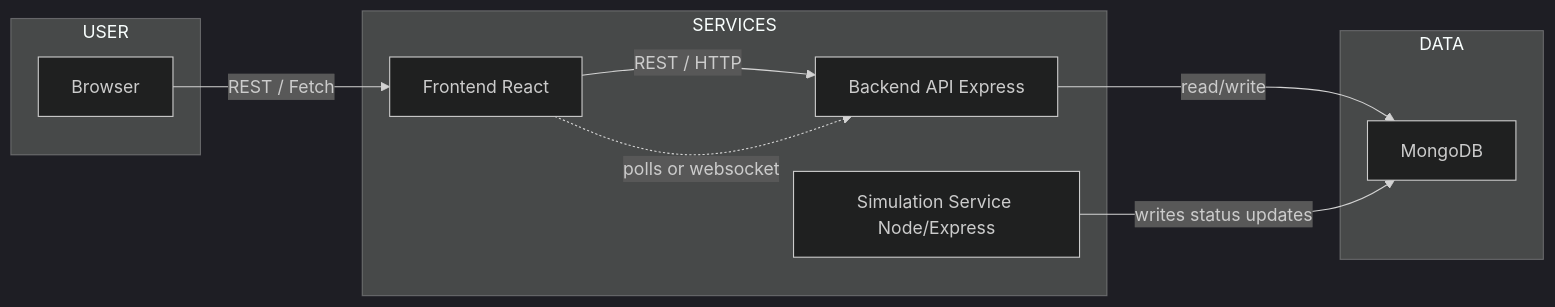
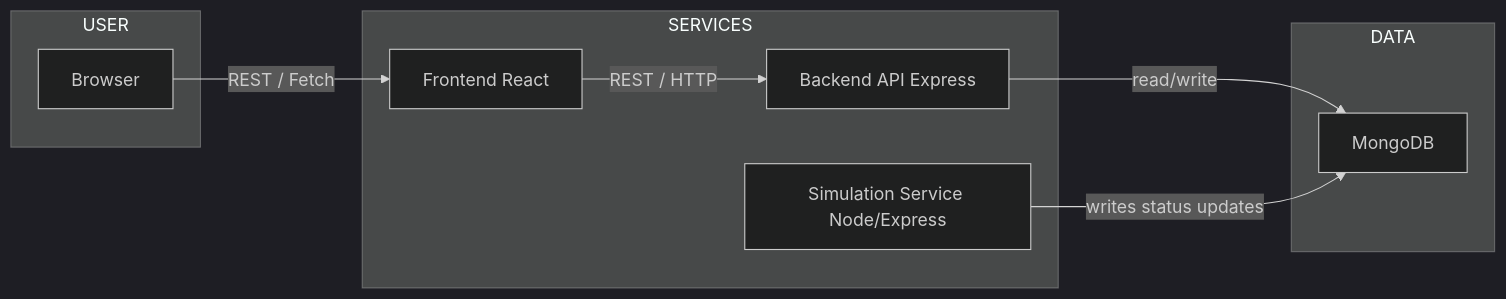
The diagram in README.md (kaokab33/Vehicle-Simulation), drawn with Mermaid (dark theme) before and after one commit.

Commit message:
edit arch

````diff
--- a/README.md
+++ b/README.md
@@ -39,22 +39,21 @@
 ```mermaid
 flowchart LR
   subgraph USER
     Browser[Browser]
   end
 
   subgraph SERVICES
     FE[Frontend React]
     API[Backend API Express]
     SIM[Simulation Service Node/Express]
   end
 
   subgraph DATA
     MONGO[MongoDB]
   end
 
   Browser -->|REST / Fetch| FE
   FE -->|REST / HTTP| API
   API -->|read/write| MONGO
   SIM -->|writes status updates| MONGO
-  FE -.polls or websocket.-> API
 ```
````
